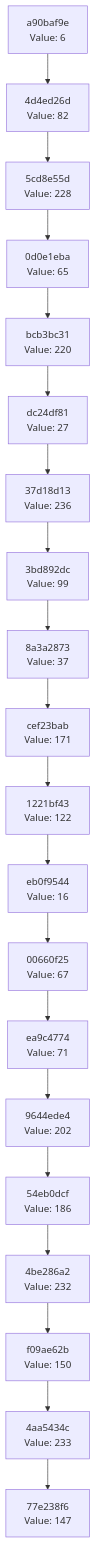
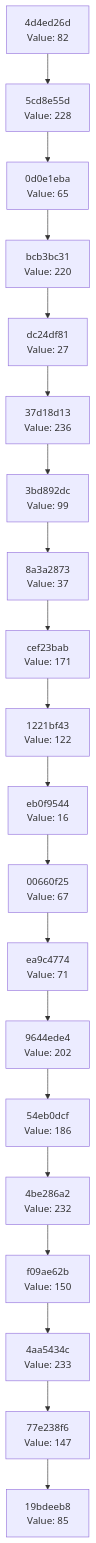
Before and after one commit to Abhisheksinha1506/hash-chain-evolver: the diagram in docs/CHAIN_VISUALIZATION.md, drawn with Mermaid. The commit also changed 2 other files, not shown here.

Commit message:
Evolution step: hash 0x55 → action executed

````diff
--- a/docs/CHAIN_VISUALIZATION.md
+++ b/docs/CHAIN_VISUALIZATION.md
@@ -3,42 +3,42 @@
 ```mermaid
 graph TD
-    C0["77e238f6<br/>Value: 147"]
-    C1["4aa5434c<br/>Value: 233"]
+    C0["19bdeeb8<br/>Value: 85"]
+    C1["77e238f6<br/>Value: 147"]
     C1 --> C0
-    C2["f09ae62b<br/>Value: 150"]
+    C2["4aa5434c<br/>Value: 233"]
     C2 --> C1
-    C3["4be286a2<br/>Value: 232"]
+    C3["f09ae62b<br/>Value: 150"]
     C3 --> C2
-    C4["54eb0dcf<br/>Value: 186"]
+    C4["4be286a2<br/>Value: 232"]
     C4 --> C3
-    C5["9644ede4<br/>Value: 202"]
+    C5["54eb0dcf<br/>Value: 186"]
     C5 --> C4
-    C6["ea9c4774<br/>Value: 71"]
+    C6["9644ede4<br/>Value: 202"]
     C6 --> C5
-    C7["00660f25<br/>Value: 67"]
+    C7["ea9c4774<br/>Value: 71"]
     C7 --> C6
-    C8["eb0f9544<br/>Value: 16"]
+    C8["00660f25<br/>Value: 67"]
     C8 --> C7
-    C9["1221bf43<br/>Value: 122"]
+    C9["eb0f9544<br/>Value: 16"]
     C9 --> C8
-    C10["cef23bab<br/>Value: 171"]
+    C10["1221bf43<br/>Value: 122"]
     C10 --> C9
-    C11["8a3a2873<br/>Value: 37"]
+    C11["cef23bab<br/>Value: 171"]
     C11 --> C10
-    C12["3bd892dc<br/>Value: 99"]
+    C12["8a3a2873<br/>Value: 37"]
     C12 --> C11
-    C13["37d18d13<br/>Value: 236"]
+    C13["3bd892dc<br/>Value: 99"]
     C13 --> C12
-    C14["dc24df81<br/>Value: 27"]
+    C14["37d18d13<br/>Value: 236"]
     C14 --> C13
-    C15["bcb3bc31<br/>Value: 220"]
+    C15["dc24df81<br/>Value: 27"]
     C15 --> C14
-    C16["0d0e1eba<br/>Value: 65"]
+    C16["bcb3bc31<br/>Value: 220"]
     C16 --> C15
-    C17["5cd8e55d<br/>Value: 228"]
+    C17["0d0e1eba<br/>Value: 65"]
     C17 --> C16
-    C18["4d4ed26d<br/>Value: 82"]
+    C18["5cd8e55d<br/>Value: 228"]
     C18 --> C17
-    C19["a90baf9e<br/>Value: 6"]
+    C19["4d4ed26d<br/>Value: 82"]
     C19 --> C18
 ```
````
